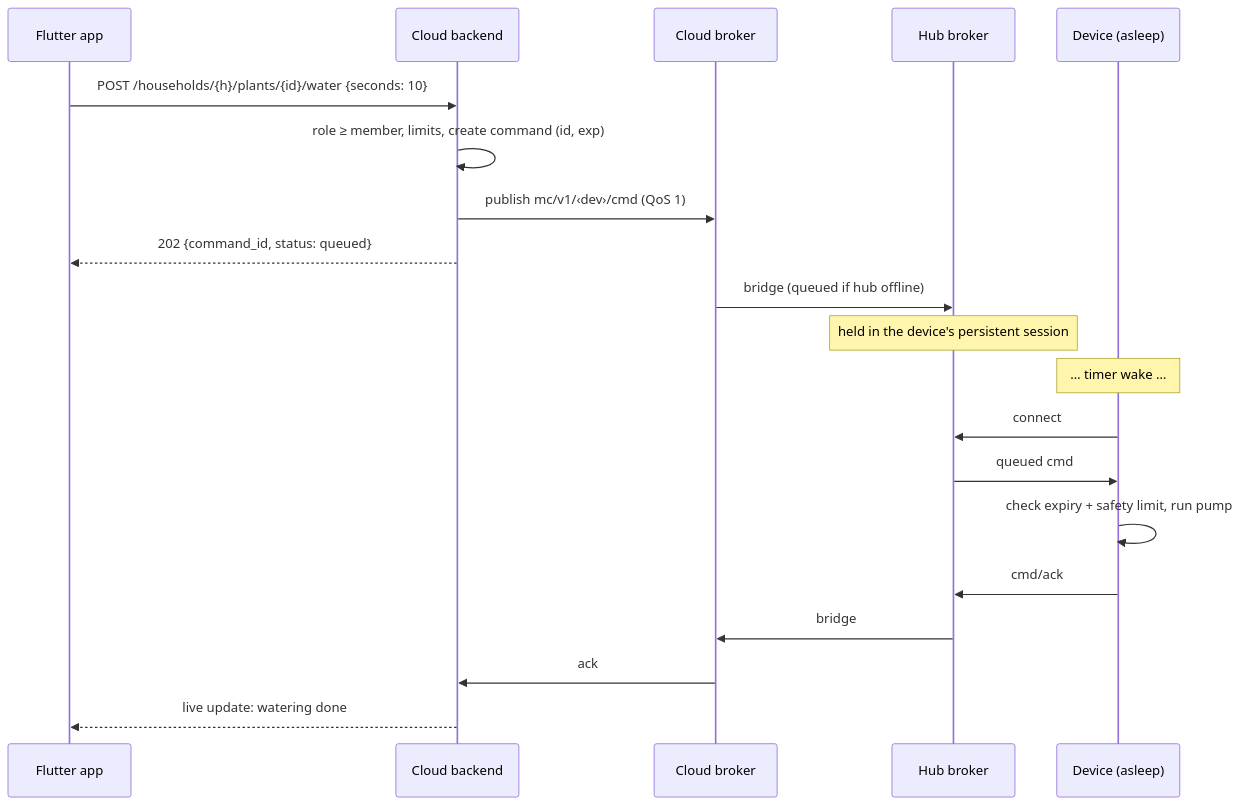
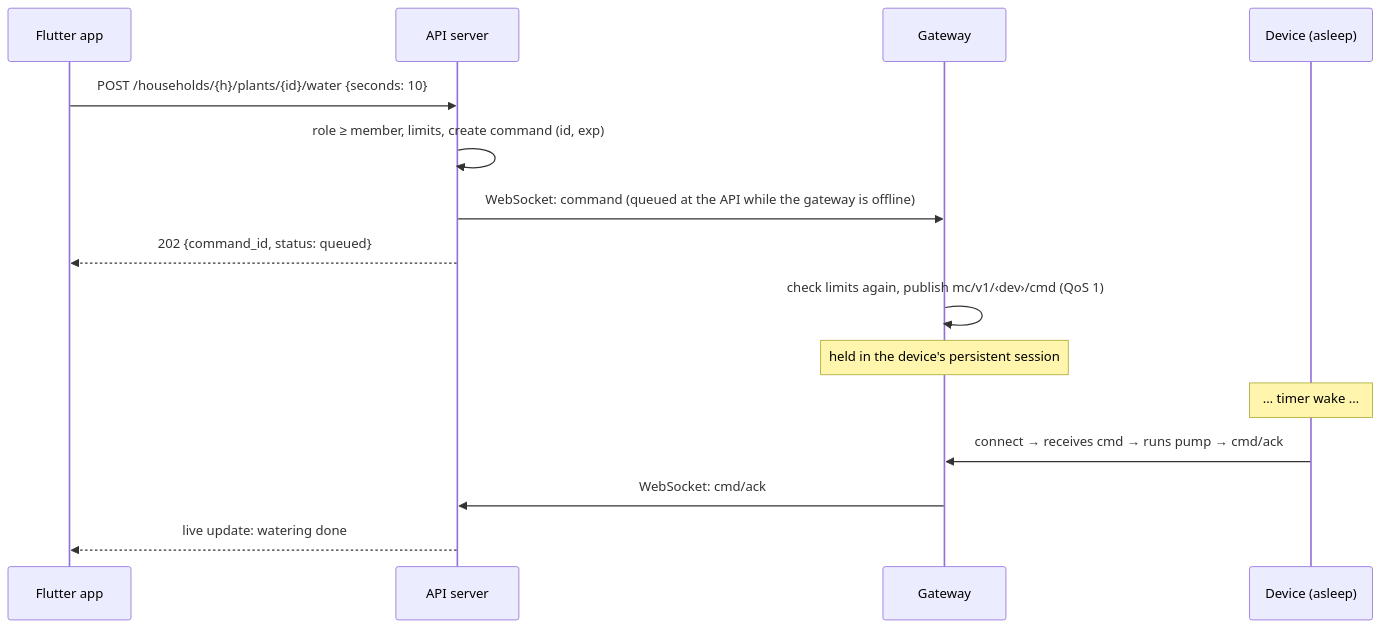
The ninth of 13 diagrams in PROJECT.md (Hansom17/MoistureController), drawn with Mermaid before and after one commit. The commit also changed other lines of this file and 86 other files, not shown here.

First line of the commit message:
Switch plans to gateway + central API (v2) and remove obsolete v1 code

````diff
--- a/PROJECT.md
+++ b/PROJECT.md
@@ -425,23 +411,18 @@
 ```mermaid
 sequenceDiagram
     participant App as Flutter app
-    participant API as Cloud backend
-    participant CB as Cloud broker
-    participant Hub as Hub broker
+    participant API as API server
+    participant GW as Gateway
     participant Dev as Device (asleep)
 
     App->>API: POST /households/{h}/plants/{id}/water {seconds: 10}
     API->>API: role ≥ member, limits, create command (id, exp)
-    API->>CB: publish mc/v1/‹dev›/cmd (QoS 1)
+    API->>GW: WebSocket: command (queued at the API while the gateway is offline)
     API-->>App: 202 {command_id, status: queued}
-    CB->>Hub: bridge (queued if hub offline)
-    Note over Hub: held in the device's persistent session
+    GW->>GW: check limits again, publish mc/v1/‹dev›/cmd (QoS 1)
+    Note over GW: held in the device's persistent session
     Note over Dev: … timer wake …
-    Dev->>Hub: connect
-    Hub->>Dev: queued cmd
-    Dev->>Dev: check expiry + safety limit, run pump
-    Dev->>Hub: cmd/ack
-    Hub->>CB: bridge
-    CB->>API: ack
+    Dev->>GW: connect → receives cmd → runs pump → cmd/ack
+    GW->>API: WebSocket: cmd/ack
     API-->>App: live update: watering done
 ```
````
